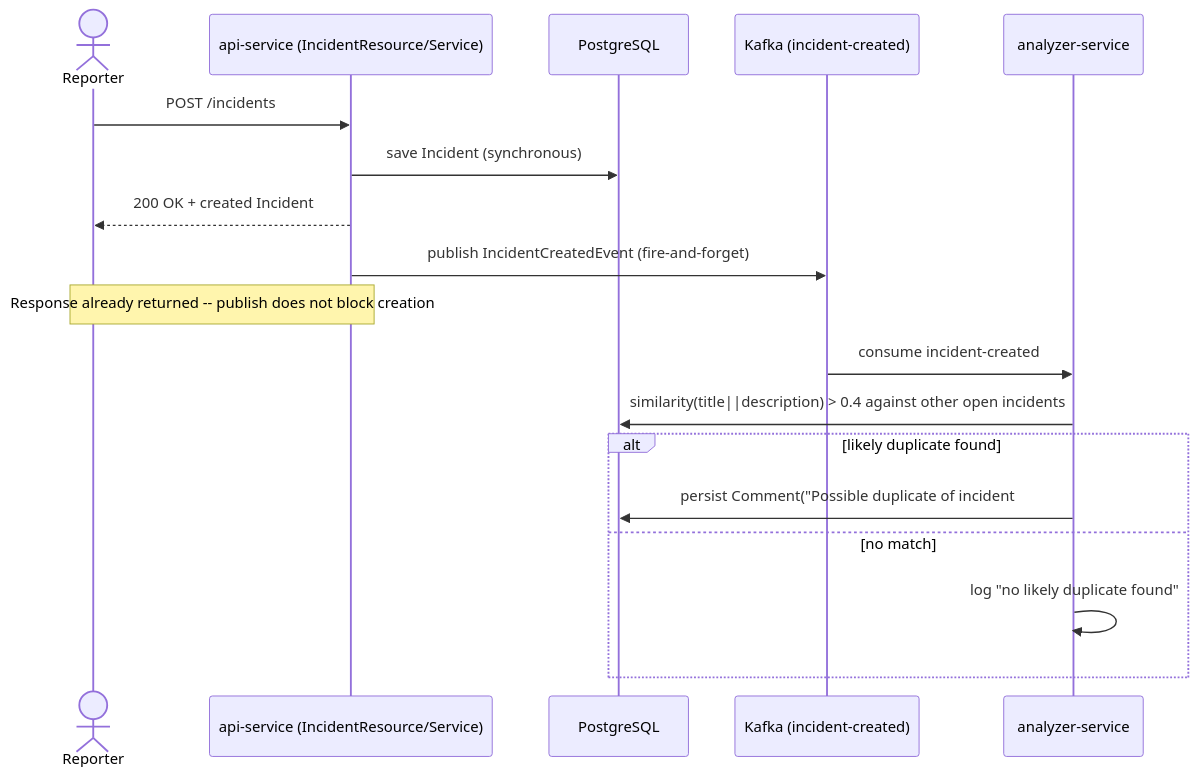
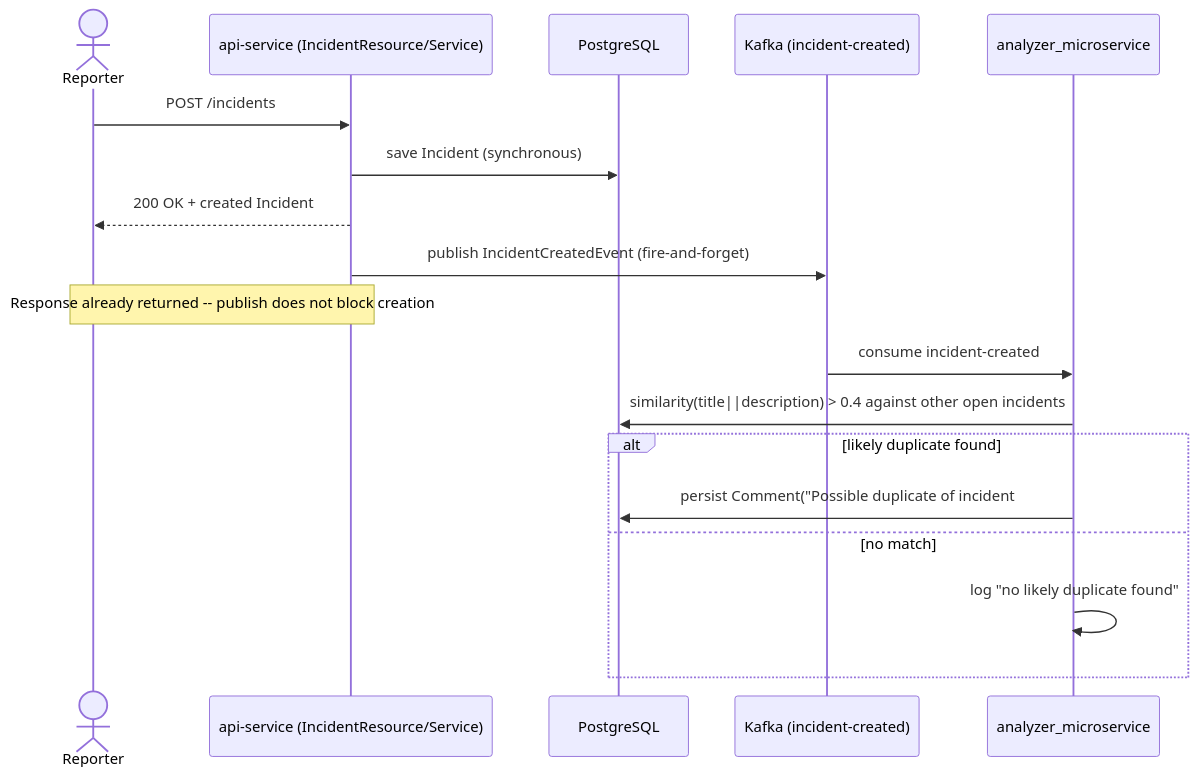
The diagram in docs/diagrams/dedup-sequence.mmd (msohailse/SWAM), drawn with Mermaid before and after one commit. The commit also changed 10 other files, not shown here.

Commit message:
Update references from analyzer-service to analyzer_microservice

```diff
--- a/docs/diagrams/dedup-sequence.mmd
+++ b/docs/diagrams/dedup-sequence.mmd
@@ -1,21 +1,21 @@
 sequenceDiagram
     actor Reporter
     participant API as api-service (IncidentResource/Service)
     participant DB as PostgreSQL
     participant K as Kafka (incident-created)
-    participant AN as analyzer-service
+    participant AN as analyzer_microservice
 
     Reporter->>API: POST /incidents
     API->>DB: save Incident (synchronous)
     API-->>Reporter: 200 OK + created Incident
     API->>K: publish IncidentCreatedEvent (fire-and-forget)
 
     Note over API,Reporter: Response already returned -- publish does not block creation
 
     K->>AN: consume incident-created
     AN->>DB: similarity(title||description) > 0.4 against other open incidents
     alt likely duplicate found
         AN->>DB: persist Comment("Possible duplicate of incident #X")
     else no match
         AN->>AN: log "no likely duplicate found"
     end
```
